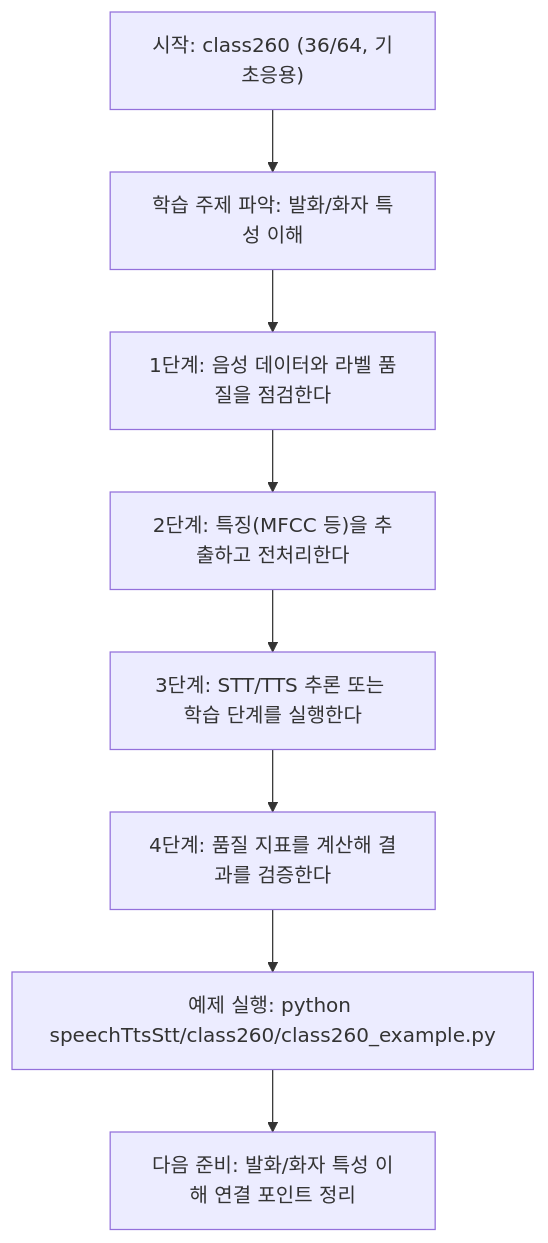
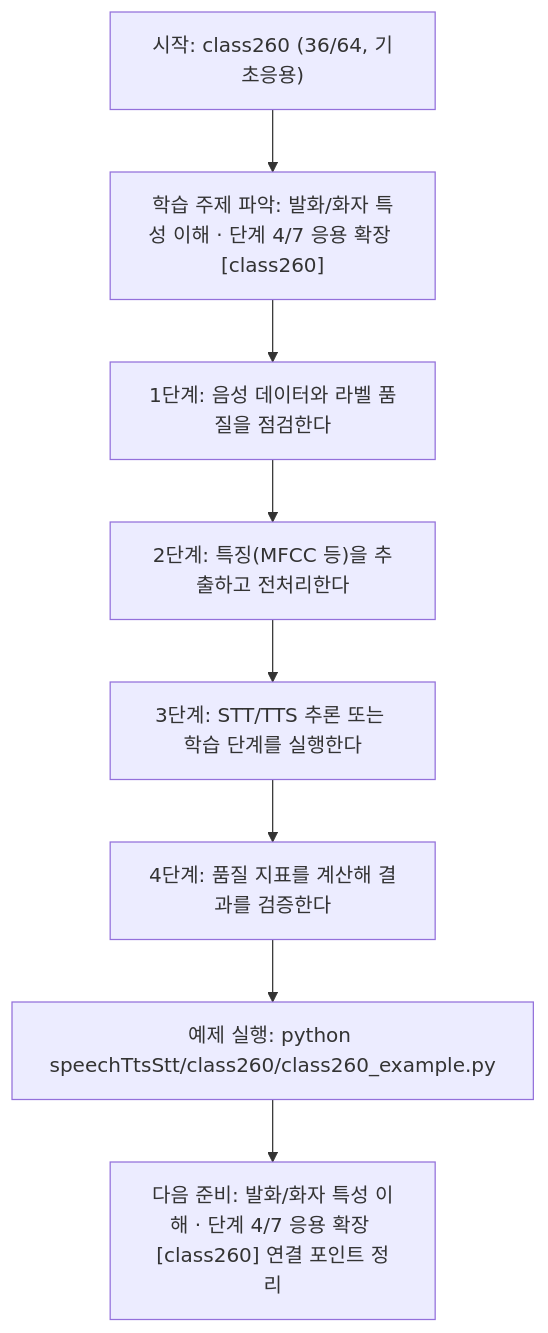
The diagram in speechTtsStt/class260/class260.md (edumgt/Python-AI_Agent-Class), drawn with Mermaid before and after one commit. The commit also changed other lines of this file and 522 other files, not shown here.

````diff
--- a/speechTtsStt/class260/class260.md
+++ b/speechTtsStt/class260/class260.md
@@ -114,18 +115,18 @@
 ```mermaid
 flowchart TD
 N1["시작: class260 (36/64, 기초응용)"]
-N2["학습 주제 파악: 발화/화자 특성 이해"]
+N2["학습 주제 파악: 발화/화자 특성 이해 · 단계 4/7 응용 확장 [class260]"]
 N3["1단계: 음성 데이터와 라벨 품질을 점검한다"]
 N4["2단계: 특징(MFCC 등)을 추출하고 전처리한다"]
 N5["3단계: STT/TTS 추론 또는 학습 단계를 실행한다"]
 N6["4단계: 품질 지표를 계산해 결과를 검증한다"]
 N7["예제 실행: python speechTtsStt/class260/class260_example.py"]
-N8["다음 준비: 발화/화자 특성 이해 연결 포인트 정리"]
+N8["다음 준비: 발화/화자 특성 이해 · 단계 4/7 응용 확장 [class260] 연결 포인트 정리"]
 N1 --> N2
 N2 --> N3
 N3 --> N4
 N4 --> N5
 N5 --> N6
 N6 --> N7
 N7 --> N8
 ```
````
